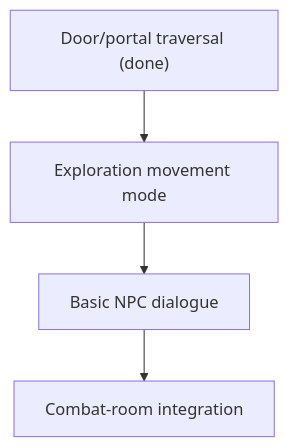
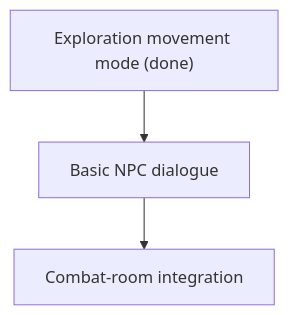
The diagram in docs/ROADMAP.md (GoldenWind8/roguelike-mvp), drawn with Mermaid before and after one commit. The commit also changed other lines of this file and 29 other files, not shown here.

````diff
--- a/docs/ROADMAP.md
+++ b/docs/ROADMAP.md
@@ -60,6 +67,5 @@
 ```mermaid
 flowchart TD
-    C["Door/portal traversal (done)"] --> D["Exploration movement mode"]
-    D --> E["Basic NPC dialogue"]
+    D["Exploration movement mode (done)"] --> E["Basic NPC dialogue"]
     E --> F["Combat-room integration"]
 ```
````
